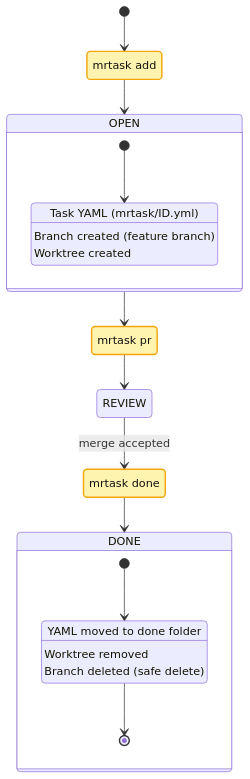
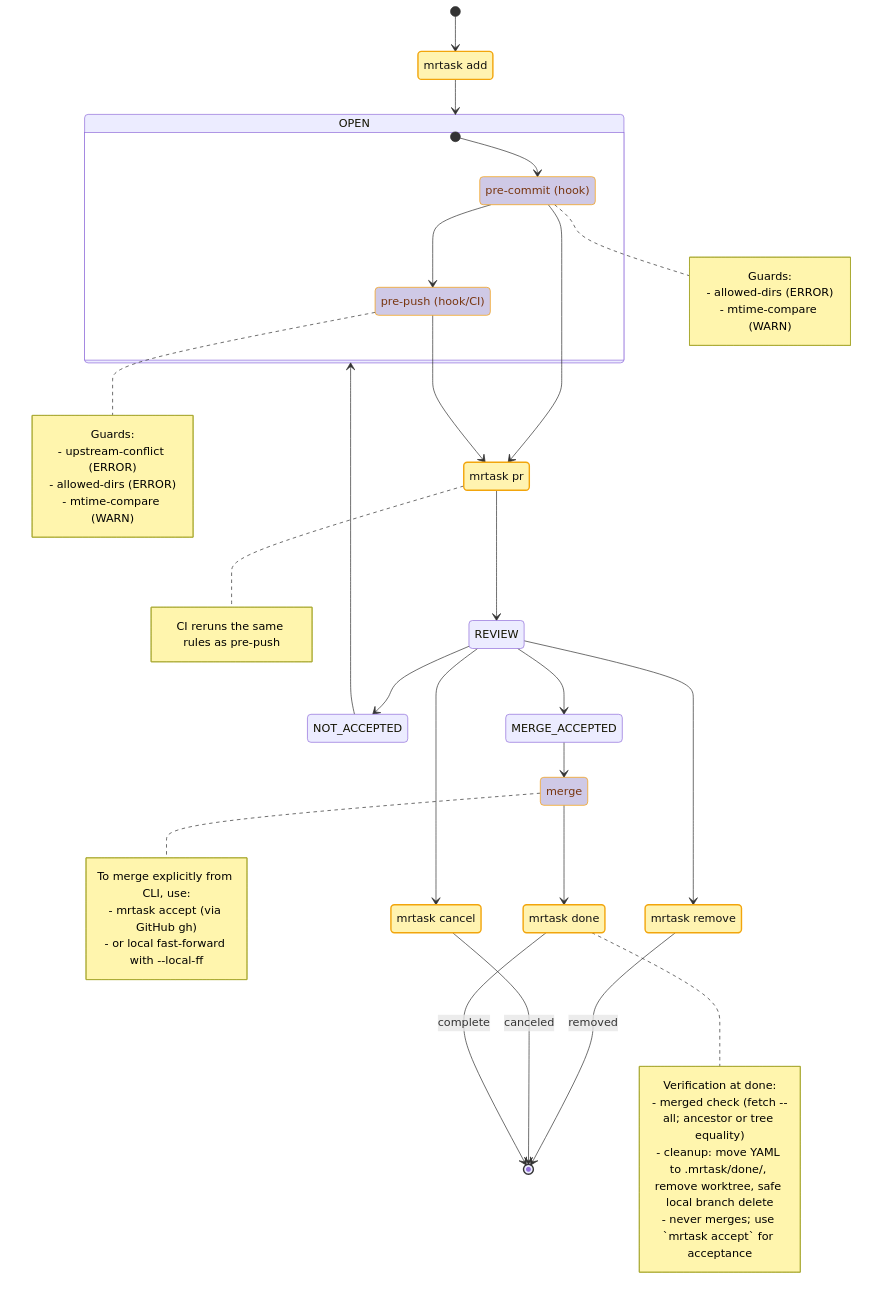
One commit to kubohiroya/mrtask changed the second of 5 diagrams in README.md. Above: the diagram before and after it, drawn with Mermaid. The commit also changed other lines of this file and 30 other files, not shown here.

First line of the commit message:
feat: add `dep-fence` guard rules and CLI, update README, and implement tests

````diff
--- a/README.md
+++ b/README.md
@@ -292,32 +149,78 @@
 ```mermaid
 stateDiagram-v2
     classDef cmd fill:#FFF3B0,stroke:#F2A50C,stroke-width:2px,color:#111
+    classDef guard fill:#E8F7FF,stroke:#0EA5E9,color:#0B3B5C
+    classDef error fill:#FFE8E8,stroke:#EF4444,color:#7F1D1D
+    classDef warn fill:#FFF9E6,stroke:#F59E0B,color:#78350F
+    classDef action fill:#cFc9E6,stroke:#F59E0B,color:#78350F
 
-    [*] --> CMD_ADD
-    CMD_ADD: mrtask add
-    class CMD_ADD cmd
-    CMD_ADD --> OPEN
+    [*] --> ADD
+    ADD: mrtask add
+    class ADD cmd
+
+    ADD --> OPEN
     state OPEN {
-      [*] --> TaskOpen
-      TaskOpen: Task YAML (mrtask/ID.yml)
-      TaskOpen: Branch created (feature branch)
-      TaskOpen: Worktree created
+        [*] --> PRE_COMMIT
+        PRE_COMMIT: pre-commit (hook)
+        PRE_COMMIT --> PRE_PUSH
+        PRE_PUSH: pre-push (hook/CI)
     }
 
-    OPEN --> CMD_PR
-    CMD_PR: mrtask pr
-    class CMD_PR cmd
-    CMD_PR --> REVIEW
-    REVIEW --> CMD_DONE: merge accepted
+    PRE_COMMIT --> PR
+    PRE_PUSH --> PR
+    PR: mrtask pr
+    class PR cmd
+    PR --> REVIEW
+    REVIEW --> NOT_ACCEPTED
+    NOT_ACCEPTED --> OPEN
+    REVIEW --> MERGE_ACCEPTED
+    REVIEW --> MRTASK_REMOVE
+    REVIEW --> MRTASK_CANCEL
+    MRTASK_CANCEL: mrtask cancel
+    MRTASK_REMOVE: mrtask remove
+    MRTASK_REMOVE --> [*]: removed
+    MRTASK_CANCEL --> [*]: canceled
+    class MRTASK_CANCEL cmd
+    class MRTASK_REMOVE cmd
+        
+    MERGE_ACCEPTED --> MERGE
+    MERGE: merge
+    MERGE --> DONE
+    DONE: mrtask done
+    class DONE cmd
+    DONE --> [*]: complete
 
-    CMD_DONE: mrtask done
-    class CMD_DONE cmd
-    CMD_DONE --> DONE
-    state DONE {
-      [*] --> Cleanup
-      Cleanup: YAML moved to done folder
-      Cleanup: Worktree removed
-      Cleanup: Branch deleted (safe delete)
-      Cleanup --> [*]
-    }
+    class PRE_COMMIT action 
+    class PRE_PUSH action
+    class MERGE action 
+
+    note right of PRE_COMMIT
+      Guards:
+      - allowed-dirs (ERROR)
+      - mtime-compare (WARN)
+    end note
+
+    note right of PRE_PUSH
+      Guards:
+      - upstream-conflict (ERROR)
+      - allowed-dirs (ERROR)
+      - mtime-compare (WARN)
+    end note
+
+    note right of PR
+      CI reruns the same rules as pre-push
+    end note
+
+    note right of MERGE
+      To merge explicitly from CLI, use:
+      - mrtask accept (via GitHub gh)
+      - or local fast-forward with --local-ff
+    end note
+
+    note right of DONE
+      Verification at done:
+      - merged check (fetch --all; ancestor or tree equality)
+      - cleanup: move YAML to .mrtask/done/, remove worktree, safe local branch delete
+      - never merges; use `mrtask accept` for acceptance
+    end note
 ```
````
